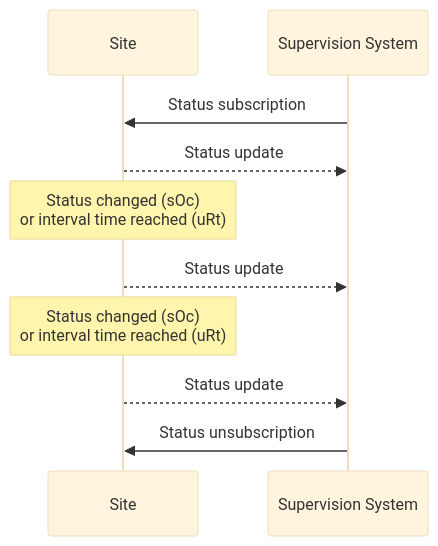
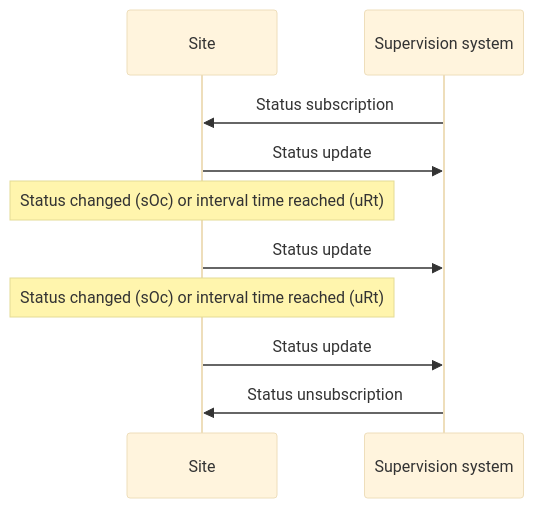
One commit to rsmp-nordic/rsmp_core changed diagram 11 of 16 in pages/applicability/basic_structure.md. Above: the diagram before and after it, drawn with Mermaid (base theme). The commit also changed other lines of this file and 25 other files, not shown here.

````diff
--- a/pages/applicability/basic_structure.md
+++ b/pages/applicability/basic_structure.md
@@ -994,12 +1030,12 @@
 ```mermaid
 sequenceDiagram
     participant A as Site
-    participant B as Supervision System
+    participant B as Supervision system
     B->>A: Status subscription
-    A-->>B: Status update
-    Note over A: Status changed (sOc)<br/>or interval time reached (uRt)
-    A-->>B: Status update
-    Note over A: Status changed (sOc)<br/>or interval time reached (uRt)
-    A-->>B: Status update
+    A->>B: Status update
+    Note over A: Status changed (sOc) or interval time reached (uRt)
+    A->>B: Status update
+    Note over A: Status changed (sOc) or interval time reached (uRt)
+    A->>B: Status update
     B->>A: Status unsubscription
 ```
````
